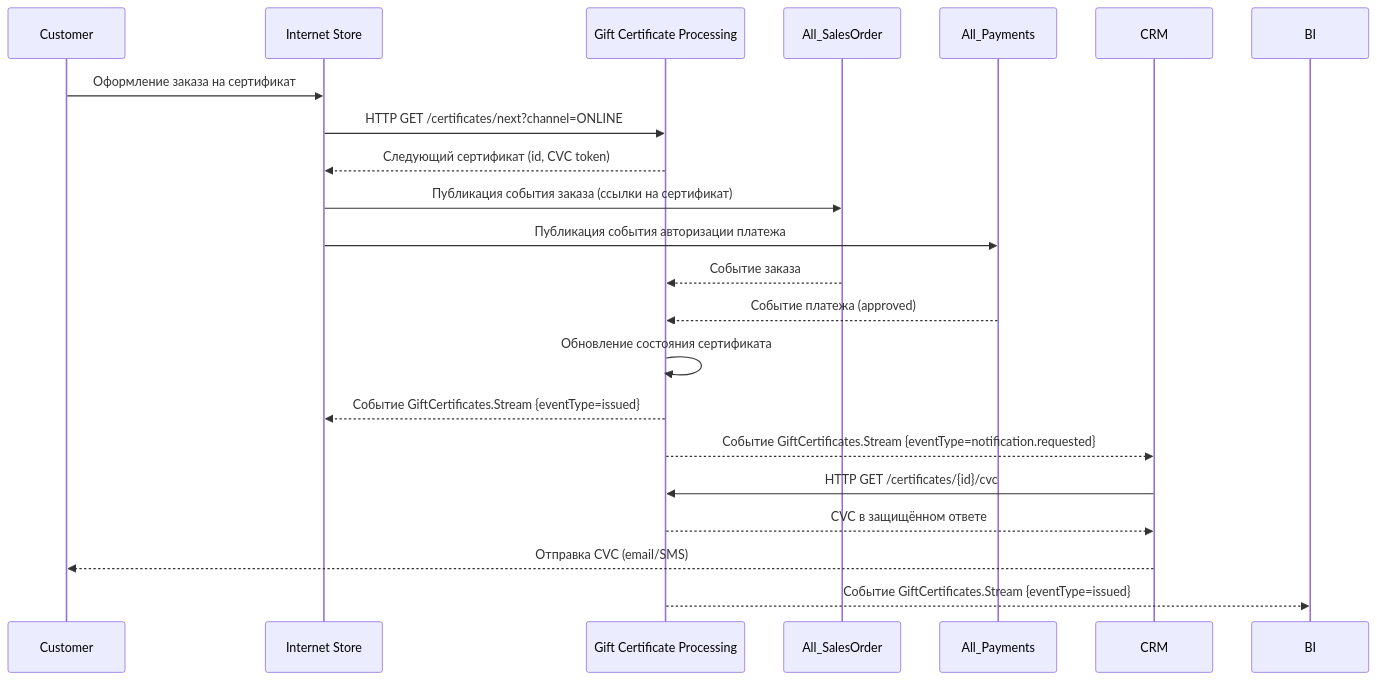
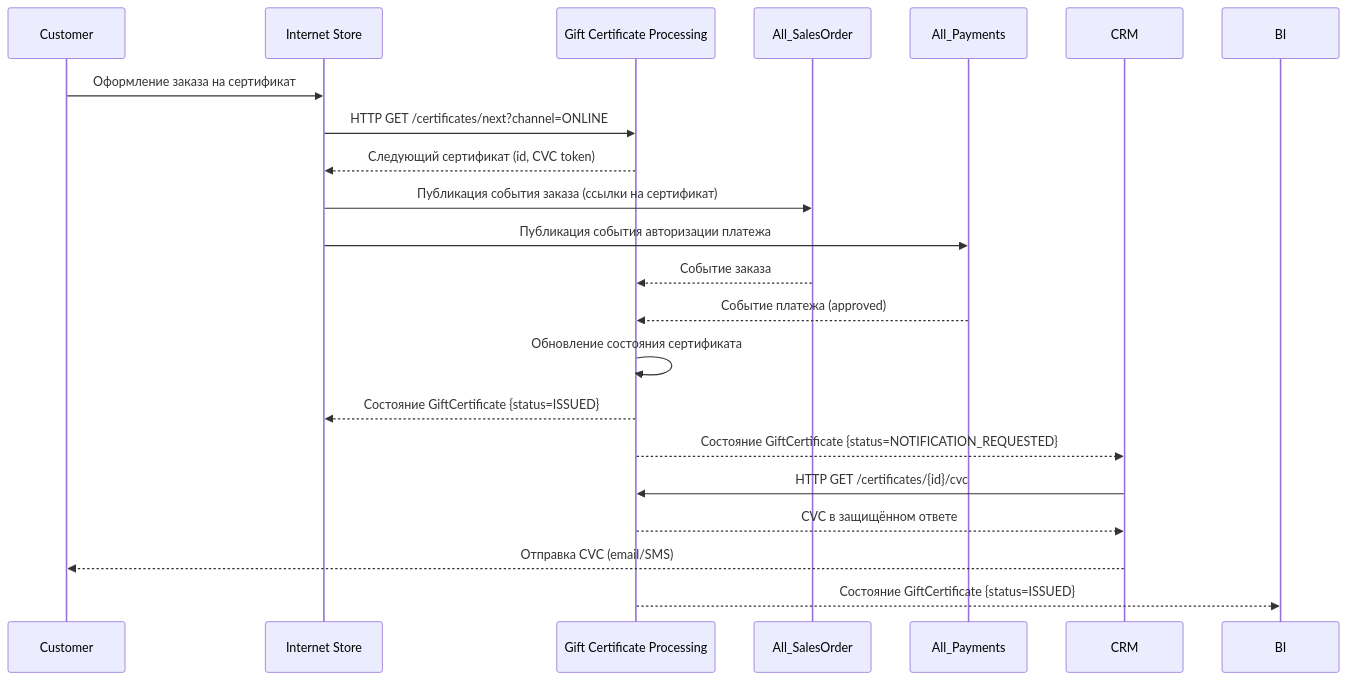
The diagram in specs/diagrams/sequence-purchase.mmd (dobryakov/gift-certs-example2), drawn with Mermaid before and after one commit. The commit also changed 11 other files, not shown here.

```diff
--- a/specs/diagrams/sequence-purchase.mmd
+++ b/specs/diagrams/sequence-purchase.mmd
@@ -1,24 +1,24 @@
 %% Mermaid sequence diagram: покупка подарочного сертификата в онлайн-канале
 sequenceDiagram
     participant Customer
     participant IM as Internet Store
     participant GCP as Gift Certificate Processing
     participant Orders as All_SalesOrder
     participant Payments as All_Payments
     participant CRM
     participant BI
 
     Customer->>IM: Оформление заказа на сертификат
     IM->>GCP: HTTP GET /certificates/next?channel=ONLINE
     GCP-->>IM: Следующий сертификат (id, CVC token)
     IM->>Orders: Публикация события заказа (ссылки на сертификат)
     IM->>Payments: Публикация события авторизации платежа
     Orders-->>GCP: Событие заказа
     Payments-->>GCP: Событие платежа (approved)
     GCP->>GCP: Обновление состояния сертификата
-    GCP-->>IM: Событие GiftCertificates.Stream {eventType=issued}
-    GCP-->>CRM: Событие GiftCertificates.Stream {eventType=notification.requested}
+    GCP-->>IM: Состояние GiftCertificate {status=ISSUED}
+    GCP-->>CRM: Состояние GiftCertificate {status=NOTIFICATION_REQUESTED}
     CRM->>GCP: HTTP GET /certificates/{id}/cvc
     GCP-->>CRM: CVC в защищённом ответе
     CRM-->>Customer: Отправка CVC (email/SMS)
-    GCP-->>BI: Событие GiftCertificates.Stream {eventType=issued}
+    GCP-->>BI: Состояние GiftCertificate {status=ISSUED}
```
